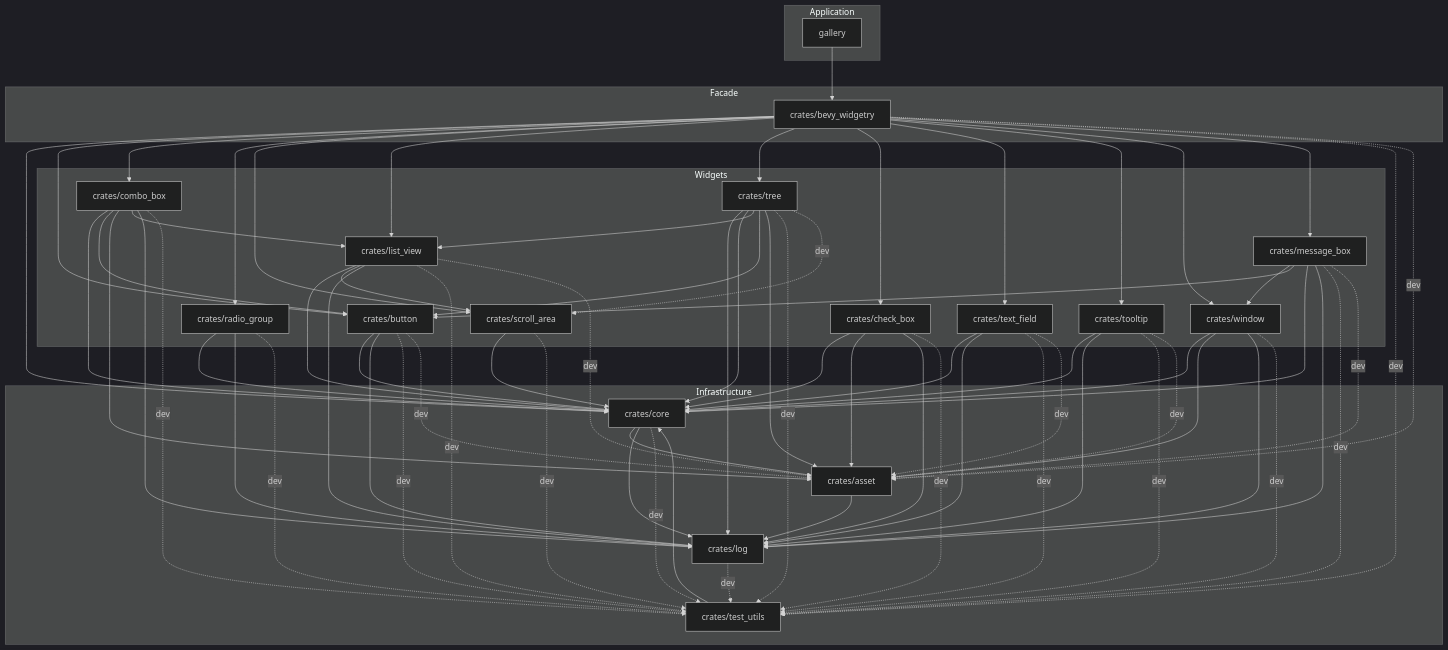
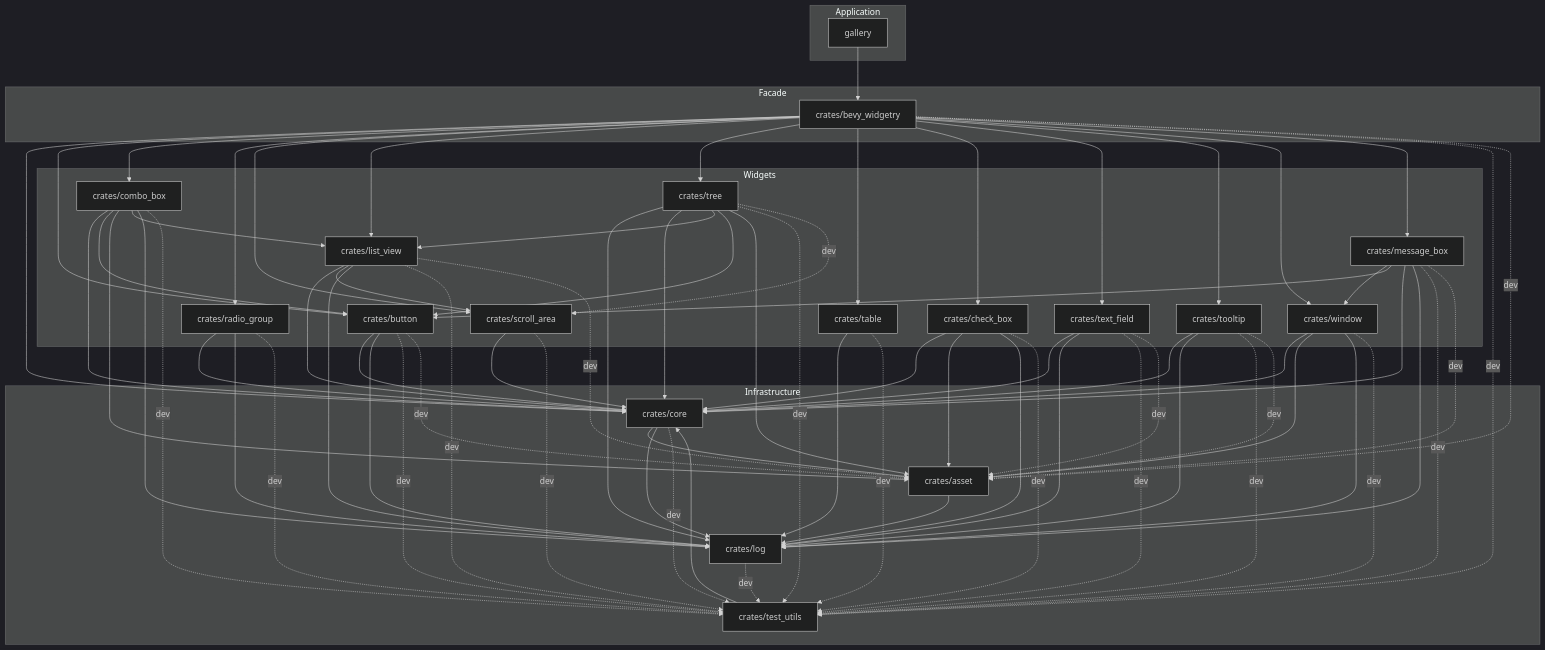
Before and after one commit to slc90/bevy_widgetry: the diagram in docs/architecture.md, drawn with Mermaid (dark theme). The commit also changed other lines of this file and 7 other files, not shown here.

```diff
--- a/docs/architecture.md
+++ b/docs/architecture.md
@@ -196,6 +203,7 @@
         scroll_area["crates/scroll_area"]
         list_view["crates/list_view"]
         tree["crates/tree"]
+        table["crates/table"]
         check_box["crates/check_box"]
         text_field["crates/text_field"]
         tooltip["crates/tooltip"]
@@ -219,6 +227,7 @@
     widgetry --> scroll_area
     widgetry --> list_view
     widgetry --> tree
+    widgetry --> table
     widgetry --> check_box
     widgetry --> text_field
     widgetry --> tooltip
@@ -251,6 +260,8 @@
     tree --> asset
     tree -. dev .-> test_utils
     tree -. dev .-> scroll_area
+    table --> log
+    table -. dev .-> test_utils
     check_box --> core
     check_box --> asset
     check_box --> log
```
